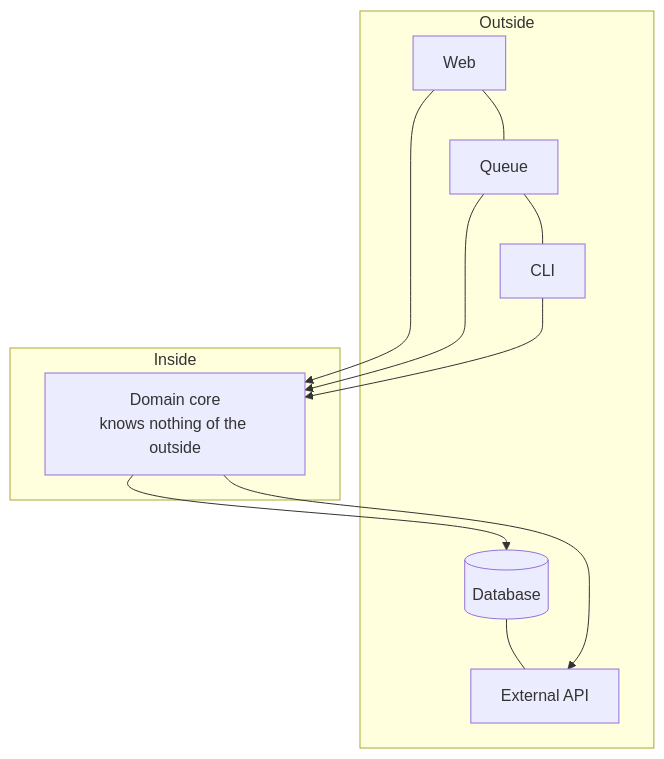
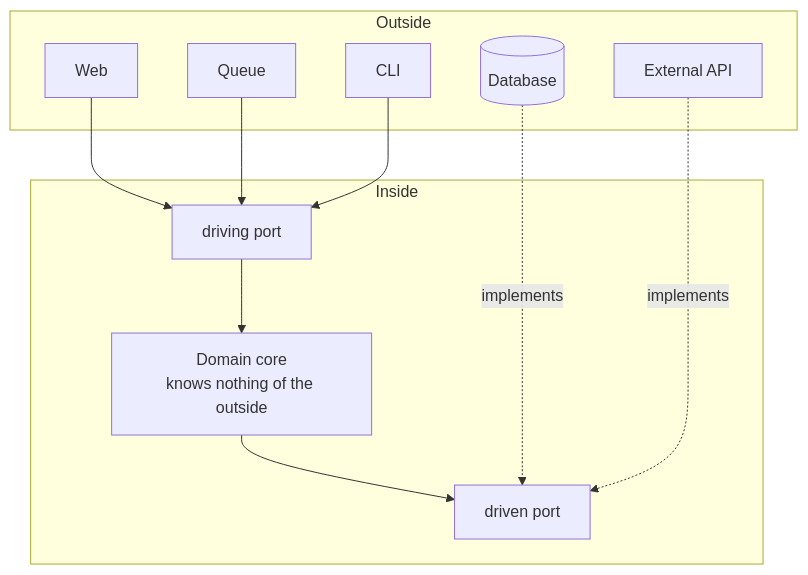
Before and after one commit to oadcavalcante/software-architecture-mastery: the diagram in i18n/en-US/docusaurus-plugin-content-docs/current/02-software-design/hexagonal-architecture.md, drawn with Mermaid. The commit also changed other lines of this file and 20 other files, not shown here.

````diff
--- a/i18n/en-US/docusaurus-plugin-content-docs/current/02-software-design/hexagonal-architecture.md
+++ b/i18n/en-US/docusaurus-plugin-content-docs/current/02-software-design/hexagonal-architecture.md
@@ -52,15 +56,22 @@
 ```mermaid
 graph TB
   subgraph Outside
-    W[Web] --- Q[Queue] --- C[CLI]
-    DB[(Database)] --- EXT[External API]
+    W[Web]
+    Q[Queue]
+    C[CLI]
+    DB[(Database)]
+    EXT[External API]
   end
   subgraph Inside
+    PP["driving port"]
     N[Domain core<br/>knows nothing of the outside]
+    PS["driven port"]
   end
-  W --> N
-  Q --> N
-  C --> N
-  N --> DB
-  N --> EXT
+  W --> PP
+  Q --> PP
+  C --> PP
+  PP --> N
+  N --> PS
+  DB -.implements.-> PS
+  EXT -.implements.-> PS
 ```
````
